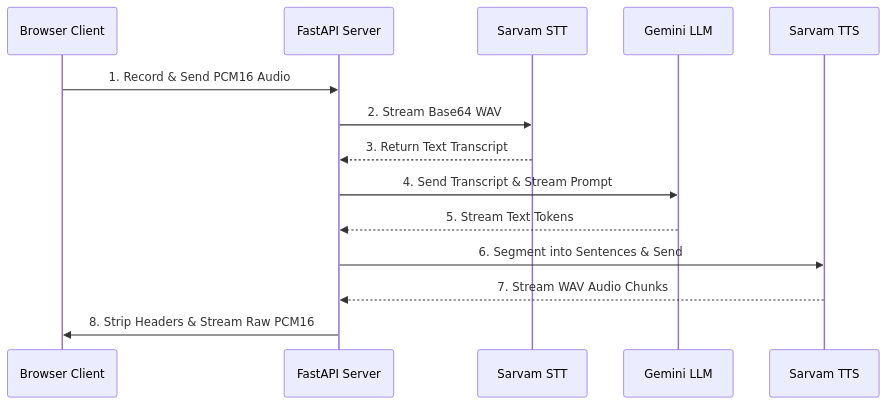
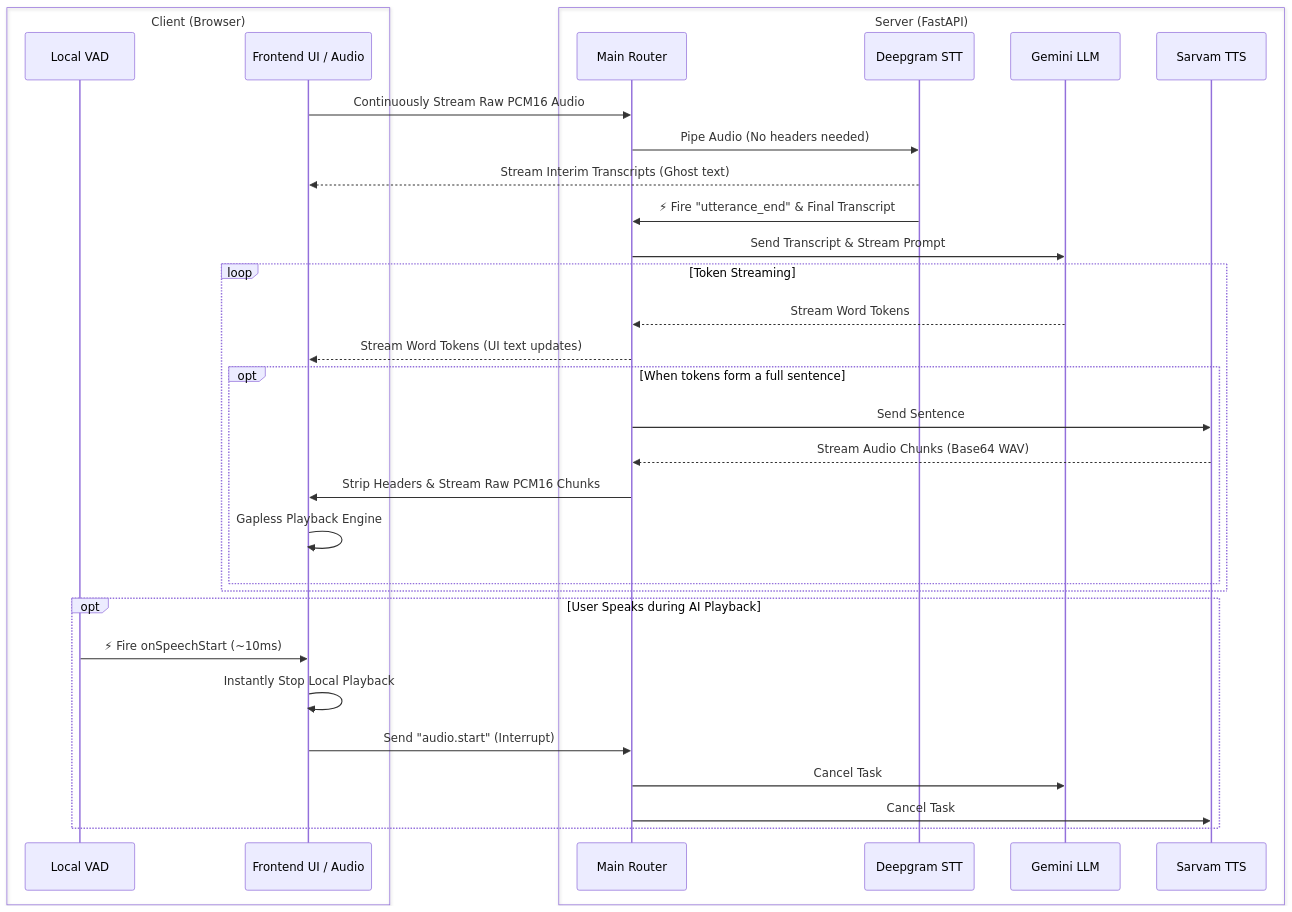
Before and after one commit to SOGeKING-NUL/tts-speech-engine: the first of 2 diagrams in system_explanation.md, drawn with Mermaid. The commit also changed other lines of this file and 4 other files, not shown here.

````diff
--- a/system_explanation.md
+++ b/system_explanation.md
@@ -11,17 +11,44 @@
 ```mermaid
 sequenceDiagram
-    participant C as Browser Client
-    participant S as FastAPI Server
-    participant STT as Sarvam STT
-    participant LLM as Gemini LLM
-    participant TTS as Sarvam TTS
+    box Client (Browser)
+        participant VAD as Local VAD
+        participant C as Frontend UI / Audio
+    end
+    box Server (FastAPI)
+        participant S as Main Router
+        participant STT as Deepgram STT
+        participant LLM as Gemini LLM
+        participant TTS as Sarvam TTS
+    end
 
-    C->>S: 1. Record & Send PCM16 Audio
-    S->>STT: 2. Stream Base64 WAV
-    STT-->>S: 3. Return Text Transcript
-    S->>LLM: 4. Send Transcript & Stream Prompt
-    LLM-->>S: 5. Stream Text Tokens
-    S->>TTS: 6. Segment into Sentences & Send
-    TTS-->>S: 7. Stream WAV Audio Chunks
-    S->>C: 8. Strip Headers & Stream Raw PCM16
+    %% Audio Capture & STT Phase
+    C->>S: Continuously Stream Raw PCM16 Audio
+    S->>STT: Pipe Audio (No headers needed)
+    STT-->>C: Stream Interim Transcripts (Ghost text)
+    
+    %% Semantic End of Turn
+    STT->>S: ⚡ Fire "utterance_end" & Final Transcript
+    
+    %% Low Latency LLM -> TTS Pipeline
+    S->>LLM: Send Transcript & Stream Prompt
+    loop Token Streaming
+        LLM-->>S: Stream Word Tokens
+        S-->>C: Stream Word Tokens (UI text updates)
+        
+        opt When tokens form a full sentence
+            S->>TTS: Send Sentence
+            TTS-->>S: Stream Audio Chunks (Base64 WAV)
+            S->>C: Strip Headers & Stream Raw PCM16 Chunks
+            C->>C: Gapless Playback Engine
+        end
+    end
+    
+    %% Interruption (Barge-In)
+    opt User Speaks during AI Playback
+        VAD->>C: ⚡ Fire onSpeechStart (~10ms)
+        C->>C: Instantly Stop Local Playback
+        C->>S: Send "audio.start" (Interrupt)
+        S->>LLM: Cancel Task
+        S->>TTS: Cancel Task
+    end
 ```
````
